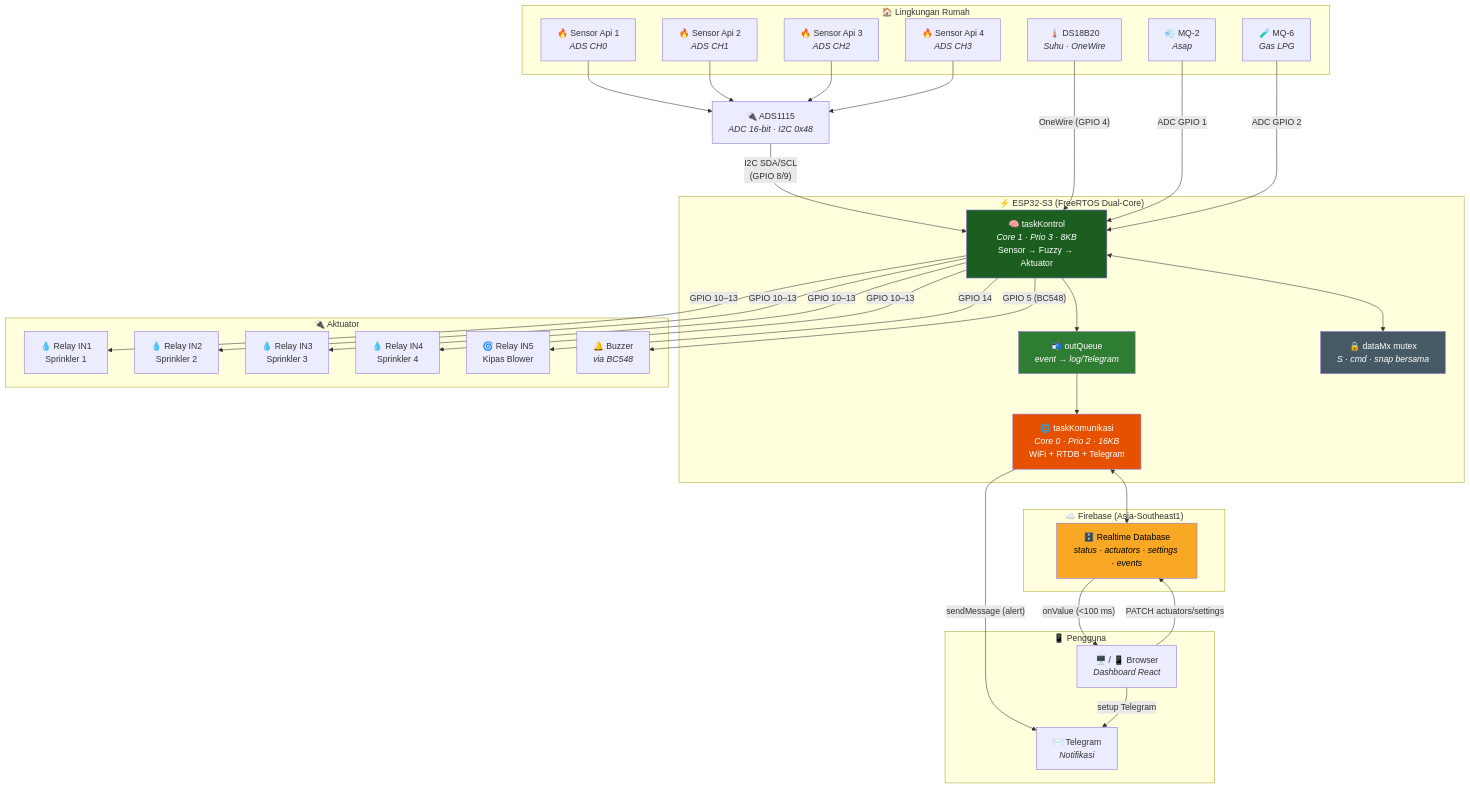
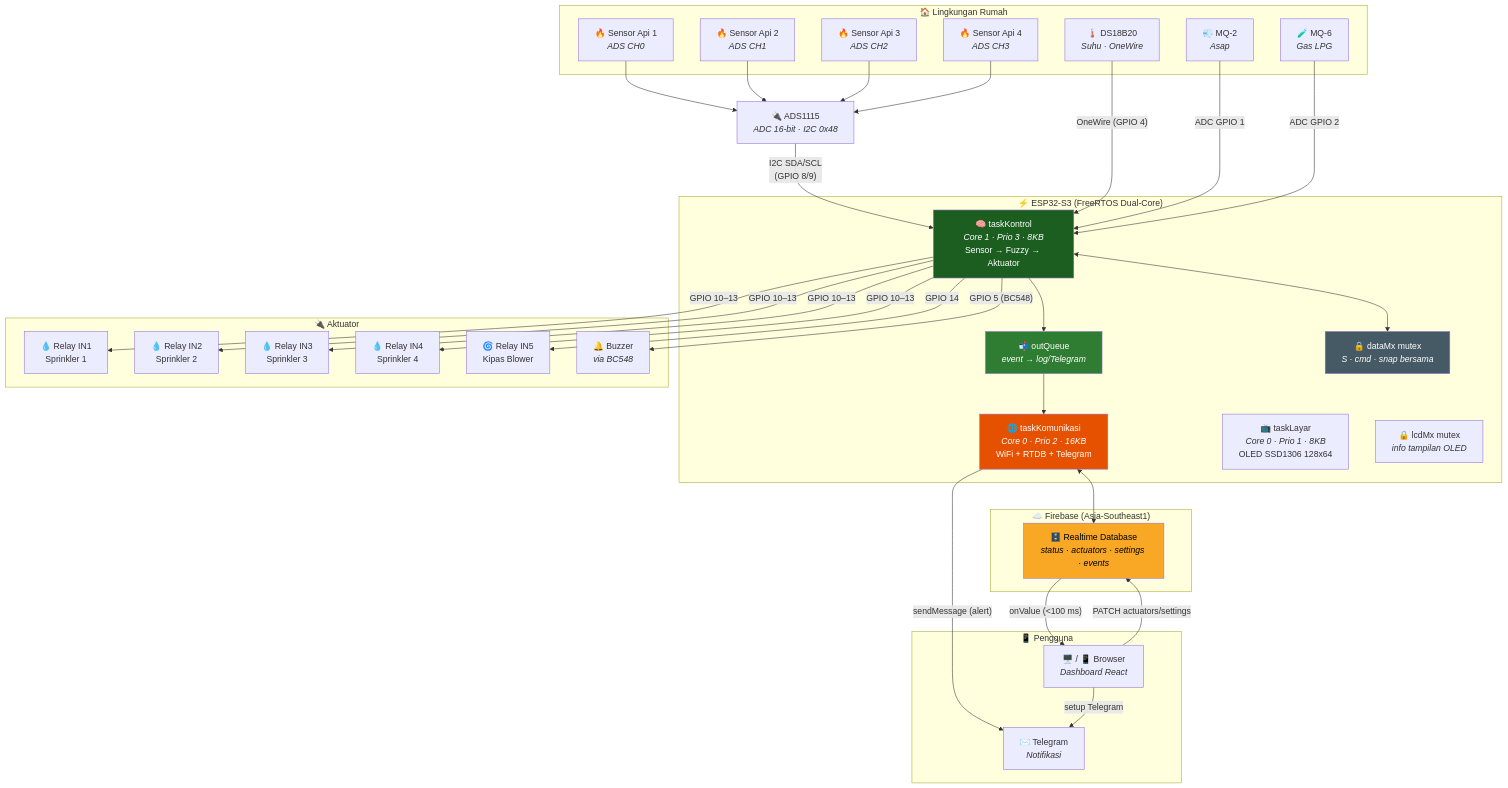
Before and after one commit to fahrizapro/sistem-prototype-kebakaran-rumah: the first of 3 diagrams in README.md, drawn with Mermaid. The commit also changed other lines of this file and 2 other files, not shown here.

Commit message:
Layar OLED SSD1306 128x64: animasi koneksi WiFi -> splash web+IP -> status AMAN/BAHAYA + animasi api/asap (taskLayar, Wire1 SDA6/SCL7)

````diff
--- a/README.md
+++ b/README.md
@@ -84,62 +85,64 @@
 ```mermaid
 graph TB
     subgraph "🏠 Lingkungan Rumah"
         F1["🔥 Sensor Api 1<br><i>ADS CH0</i>"]
         F2["🔥 Sensor Api 2<br><i>ADS CH1</i>"]
         F3["🔥 Sensor Api 3<br><i>ADS CH2</i>"]
         F4["🔥 Sensor Api 4<br><i>ADS CH3</i>"]
         DS["🌡️ DS18B20<br><i>Suhu · OneWire</i>"]
         MQ2["💨 MQ-2<br><i>Asap</i>"]
         MQ6["🧪 MQ-6<br><i>Gas LPG</i>"]
     end
 
     subgraph "⚡ ESP32-S3 (FreeRTOS Dual-Core)"
         TK["🧠 taskKontrol<br><i>Core 1 · Prio 3 · 8KB</i><br>Sensor → Fuzzy → Aktuator"]
         TC["🌐 taskKomunikasi<br><i>Core 0 · Prio 2 · 16KB</i><br>WiFi + RTDB + Telegram"]
+        TL["📺 taskLayar<br><i>Core 0 · Prio 1 · 8KB</i><br>OLED SSD1306 128x64"]
         Q["📬 outQueue<br><i>event → log/Telegram</i>"]
         MX["🔒 dataMx mutex<br><i>S · cmd · snap bersama</i>"]
+        LMX["🔒 lcdMx mutex<br><i>info tampilan OLED</i>"]
     end
 
     subgraph "☁️ Firebase (Asia-Southeast1)"
         RTDB["🗄️ Realtime Database<br><i>status · actuators · settings · events</i>"]
     end
 
     subgraph "🔌 Aktuator"
         SP1["💧 Relay IN1<br>Sprinkler 1"]
         SP2["💧 Relay IN2<br>Sprinkler 2"]
         SP3["💧 Relay IN3<br>Sprinkler 3"]
         SP4["💧 Relay IN4<br>Sprinkler 4"]
         FAN["🌀 Relay IN5<br>Kipas Blower"]
         BZ["🔔 Buzzer<br><i>via BC548</i>"]
     end
 
     subgraph "📱 Pengguna"
         BR["🖥️ / 📱 Browser<br><i>Dashboard React</i>"]
         TG["✉️ Telegram<br><i>Notifikasi</i>"]
     end
 
     F1 & F2 & F3 & F4 --> ADS["🔌 ADS1115<br><i>ADC 16-bit · I2C 0x48</i>"]
     ADS -- "I2C SDA/SCL<br>(GPIO 8/9)" --> TK
     DS -- OneWire (GPIO 4) --> TK
     MQ2 -- ADC GPIO 1 --> TK
     MQ6 -- ADC GPIO 2 --> TK
 
     TK <--> MX
     TK --> Q
     Q --> TC
     TC <--> RTDB
     RTDB -- onValue (<100 ms) --> BR
     BR -- PATCH actuators/settings --> RTDB
     TC -- sendMessage (alert) --> TG
     BR -- setup Telegram --> TG
 
     TK -- "GPIO 10–13" --> SP1 & SP2 & SP3 & SP4
     TK -- "GPIO 14" --> FAN
     TK -- "GPIO 5 (BC548)" --> BZ
 
     style TK fill:#1b5e20,color:#fff
     style TC fill:#e65100,color:#fff
     style RTDB fill:#f9a825,color:#000
     style Q fill:#2e7d32,color:#fff
     style MX fill:#455a64,color:#fff
 ```
````
